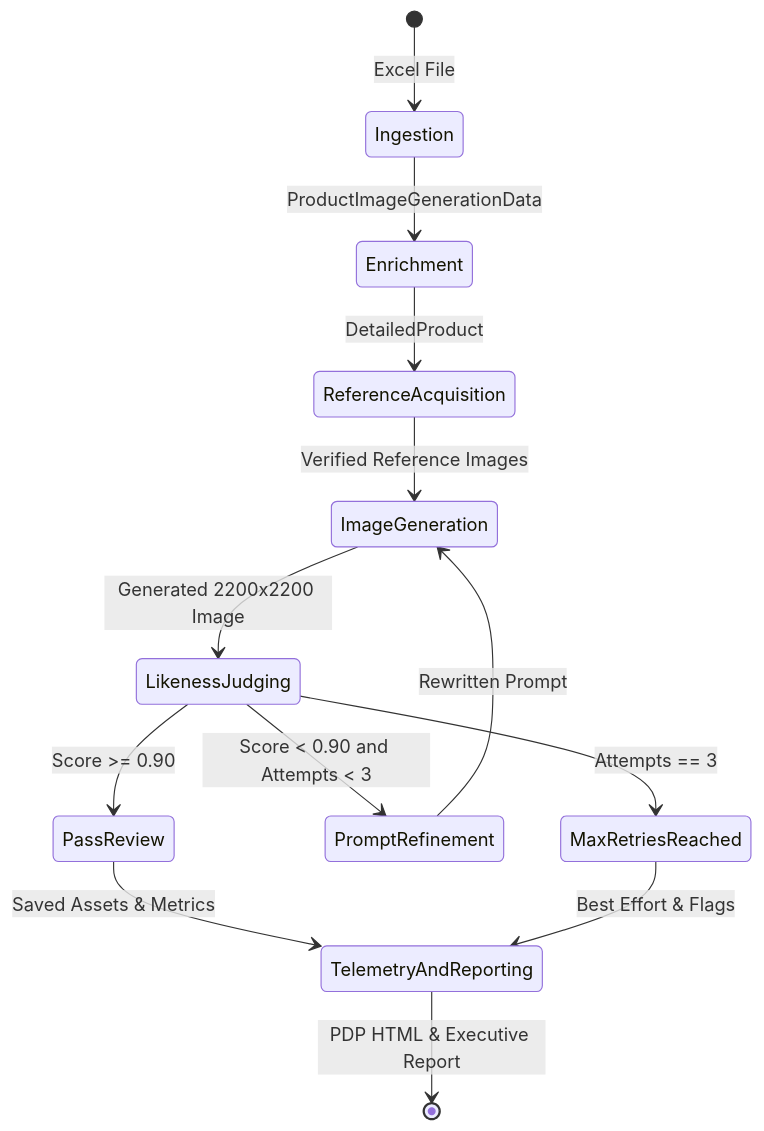
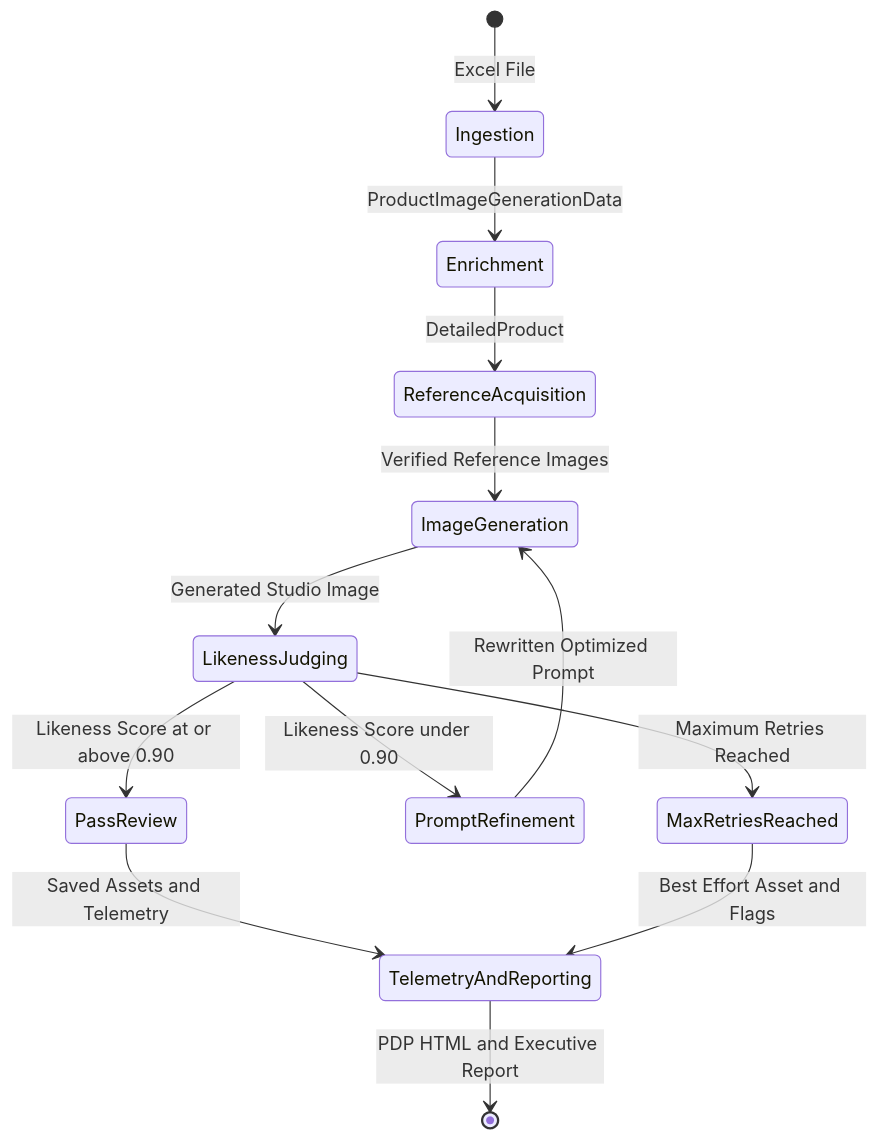
Before and after one commit to rrmcguinness/product-gen: the diagram in docs/workflow/index.md, drawn with Mermaid. The commit also changed 19 other files, not shown here.

````diff
--- a/docs/workflow/index.md
+++ b/docs/workflow/index.md
@@ -9,15 +9,15 @@
 ```mermaid
 stateDiagram-v2
     [*] --> Ingestion: Excel File
     Ingestion --> Enrichment: ProductImageGenerationData
     Enrichment --> ReferenceAcquisition: DetailedProduct
     ReferenceAcquisition --> ImageGeneration: Verified Reference Images
-    ImageGeneration --> LikenessJudging: Generated 2200x2200 Image
-    LikenessJudging --> PassReview: Score >= 0.90
-    LikenessJudging --> PromptRefinement: Score < 0.90 and Attempts < 3
-    PromptRefinement --> ImageGeneration: Rewritten Prompt
-    LikenessJudging --> MaxRetriesReached: Attempts == 3
-    PassReview --> TelemetryAndReporting: Saved Assets & Metrics
-    MaxRetriesReached --> TelemetryAndReporting: Best Effort & Flags
-    TelemetryAndReporting --> [*]: PDP HTML & Executive Report
+    ImageGeneration --> LikenessJudging: Generated Studio Image
+    LikenessJudging --> PassReview: Likeness Score at or above 0.90
+    LikenessJudging --> PromptRefinement: Likeness Score under 0.90
+    PromptRefinement --> ImageGeneration: Rewritten Optimized Prompt
+    LikenessJudging --> MaxRetriesReached: Maximum Retries Reached
+    PassReview --> TelemetryAndReporting: Saved Assets and Telemetry
+    MaxRetriesReached --> TelemetryAndReporting: Best Effort Asset and Flags
+    TelemetryAndReporting --> [*]: PDP HTML and Executive Report
 ```
````
